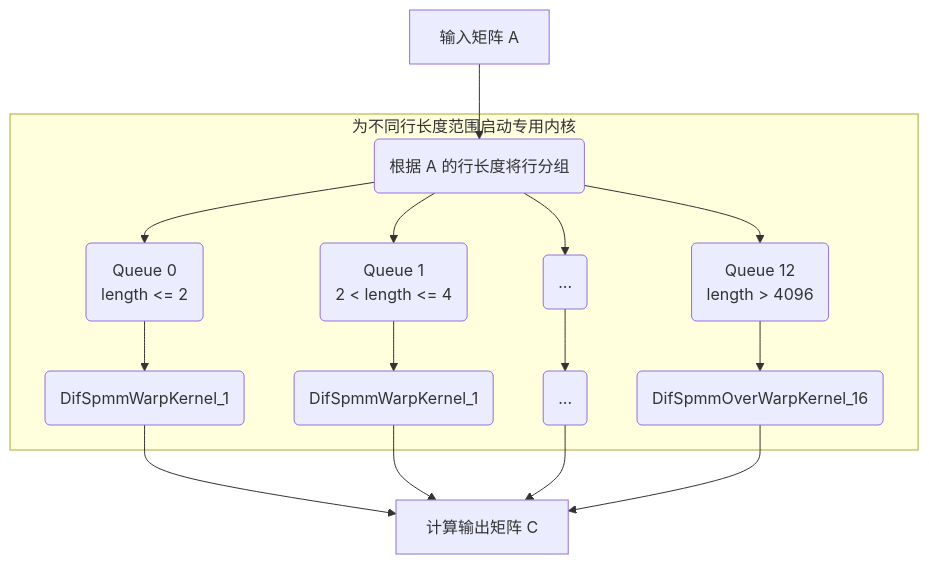
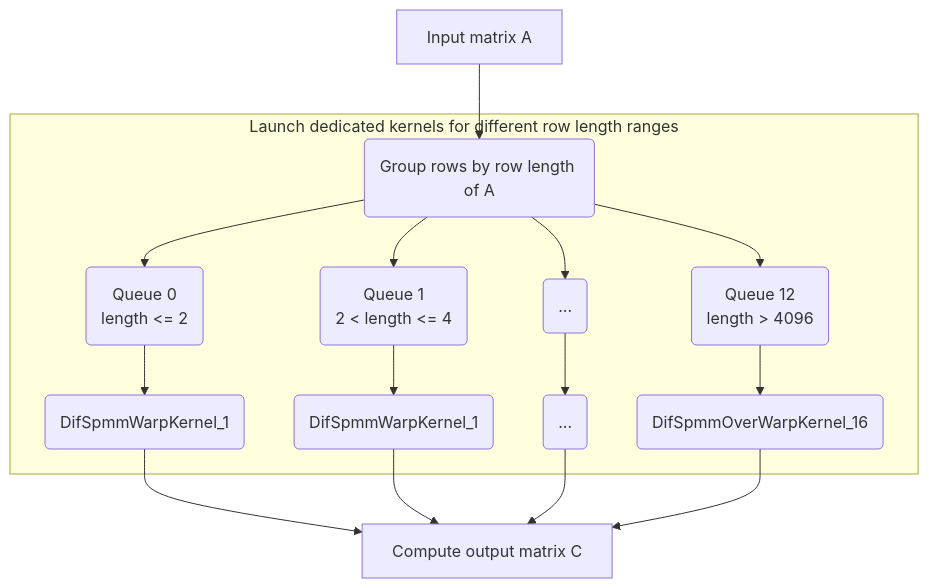
One commit to QiWu-NCIC/QiWu-KernelPerf changed diagram 12 of 21 in KernelPerf/submissions/spmv/alphasparse/upstream/AlphasparseWiki .md. Above: the diagram before and after it, drawn with Mermaid. The commit also changed other lines of this file and 310 other files, not shown here.

````diff
--- a/KernelPerf/submissions/spmv/alphasparse/upstream/AlphasparseWiki .md
+++ b/KernelPerf/submissions/spmv/alphasparse/upstream/AlphasparseWiki .md
@@ -1132,19 +1132,19 @@
 ```mermaid
 graph TD
-    A[输入矩阵 A] --> B(根据 A 的行长度将行分组);
-    subgraph "为不同行长度范围启动专用内核"
+    A[Input matrix A] --> B(Group rows by row length of A)
+    subgraph "Launch dedicated kernels for different row length ranges"
         B --> Q1("Queue 0<br>length <= 2");
         B --> Q2("Queue 1<br>2 < length <= 4");
         B --> Q3("...");
         B --> Q12("Queue 12<br>length > 4096");
 
         Q1 --> K1("DifSpmmWarpKernel_1");
         Q2 --> K2("DifSpmmWarpKernel_1");
         Q3 --> K3("...");
         Q12 --> K12("DifSpmmOverWarpKernel_16");
     end
-    K1 --> C[计算输出矩阵 C];
+    K1 --> C[Compute output matrix C];
     K2 --> C;
     K3 --> C;
     K12 --> C;
 ```
````
